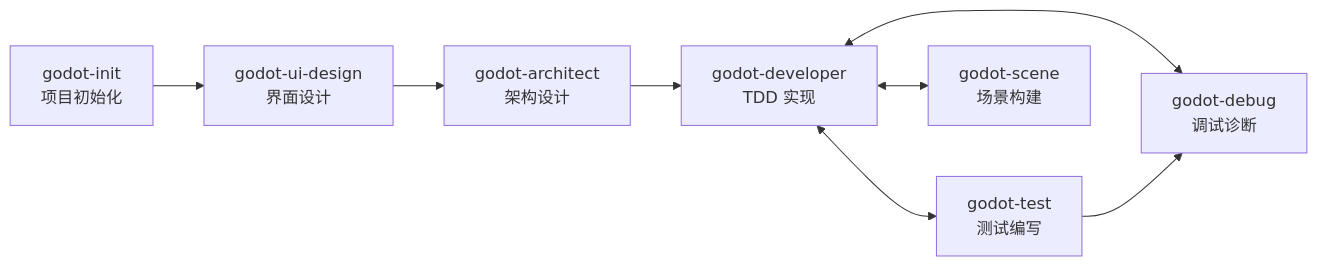
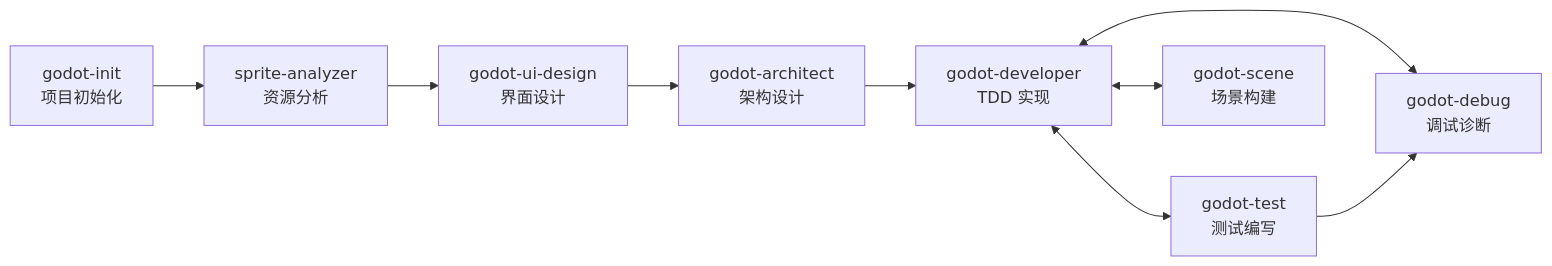
The diagram in CONTRIBUTING.md (yulu86/GodotScaffolding), drawn with Mermaid before and after one commit. The commit also changed other lines of this file, not shown here.

Commit message:
docs: CONTRIBUTING.md 补充 sprite-analyzer Skill 文档

````diff
--- a/CONTRIBUTING.md
+++ b/CONTRIBUTING.md
@@ -269,10 +271,11 @@
 ```mermaid
 flowchart LR
-    INIT["godot-init<br/>项目初始化"] --> DESIGN["godot-ui-design<br/>界面设计"]
+    INIT["godot-init<br/>项目初始化"] --> SPRITE["sprite-analyzer<br/>资源分析"]
+    SPRITE --> DESIGN["godot-ui-design<br/>界面设计"]
     DESIGN --> ARCH["godot-architect<br/>架构设计"]
     ARCH --> DEV["godot-developer<br/>TDD 实现"]
     DEV <--> TEST["godot-test<br/>测试编写"]
     DEV <--> SCENE["godot-scene<br/>场景构建"]
     DEV <--> DEBUG["godot-debug<br/>调试诊断"]
     TEST --> DEBUG
 ```
````
